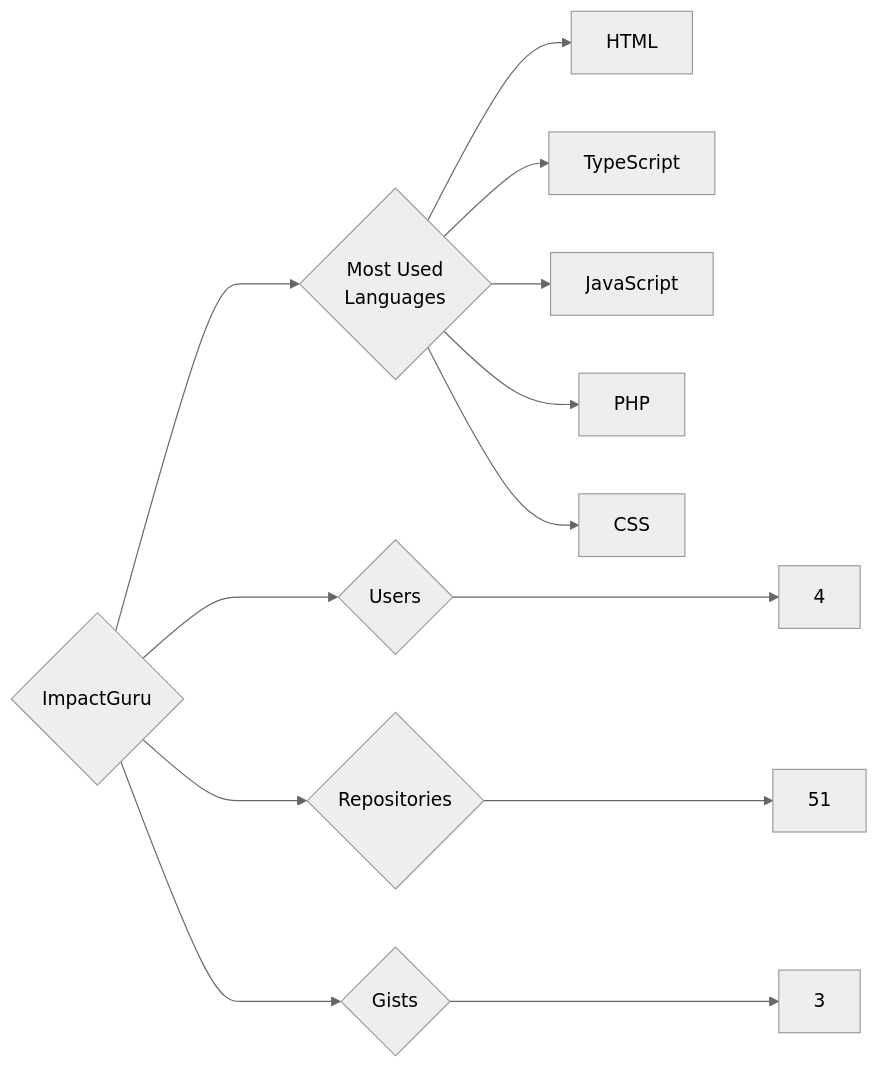
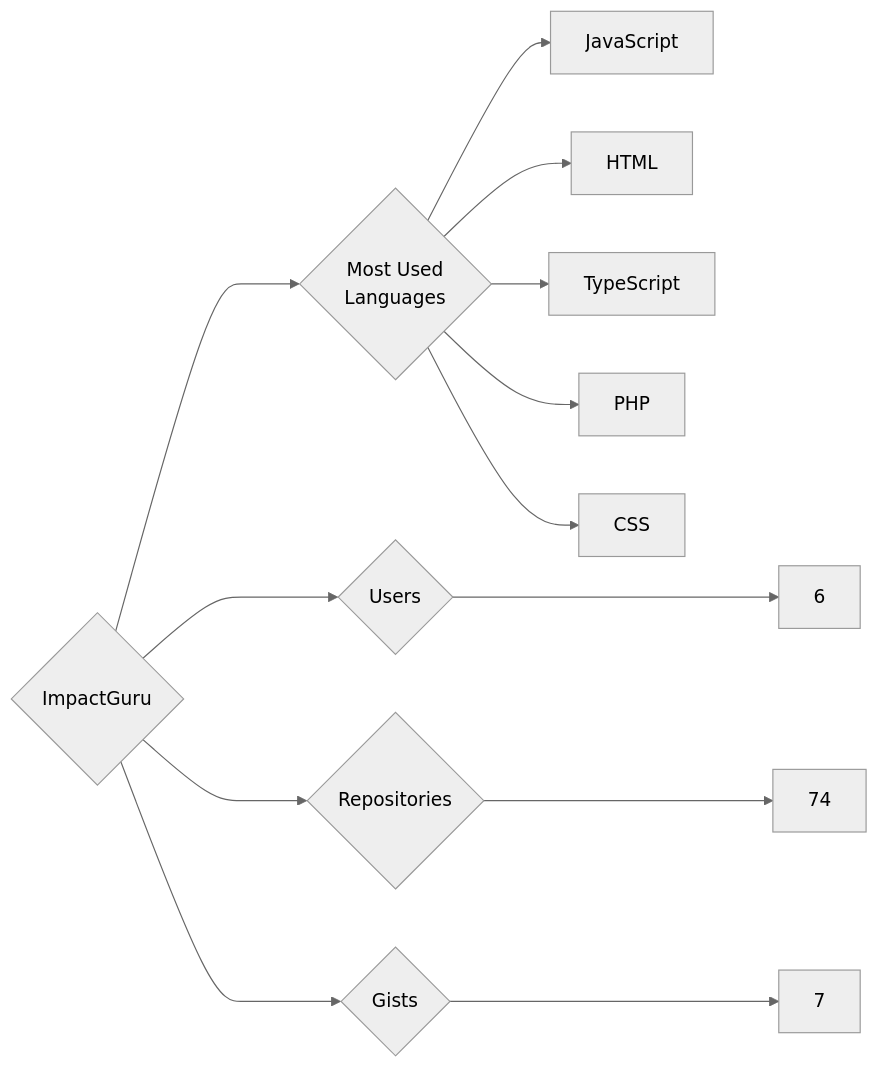
The diagram in targets/ImpactGuru/README.md (trickest/insiders), drawn with Mermaid (neutral theme) before and after one commit. The commit also changed 1030 other files, not shown here.

````diff
--- a/targets/ImpactGuru/README.md
+++ b/targets/ImpactGuru/README.md
@@ -3,13 +3,13 @@
 ```mermaid
 graph LR
 COMPANY_NAME{ImpactGuru}
-COMPANY_NAME ---> U{Users} ---> UN[4]
-COMPANY_NAME ---> R{Repositories} ---> RN[51]
-COMPANY_NAME ---> G{Gists} ---> GN[3]
+COMPANY_NAME ---> U{Users} ---> UN[6]
+COMPANY_NAME ---> R{Repositories} ---> RN[74]
+COMPANY_NAME ---> G{Gists} ---> GN[7]
 COMPANY_NAME ---> ML{Most Used<br>Languages}
+ML --> JavaScript[JavaScript]
 ML --> HTML[HTML]
 ML --> TypeScript[TypeScript]
-ML --> JavaScript[JavaScript]
 ML --> PHP[PHP]
 ML --> CSS[CSS]
 ```
````
